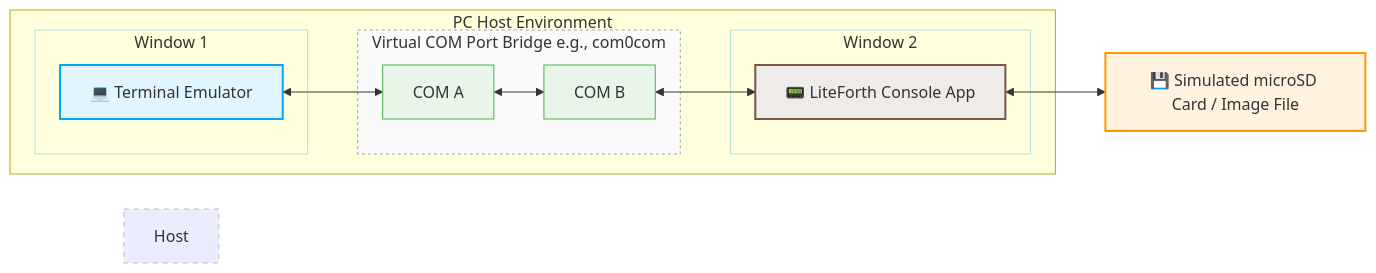
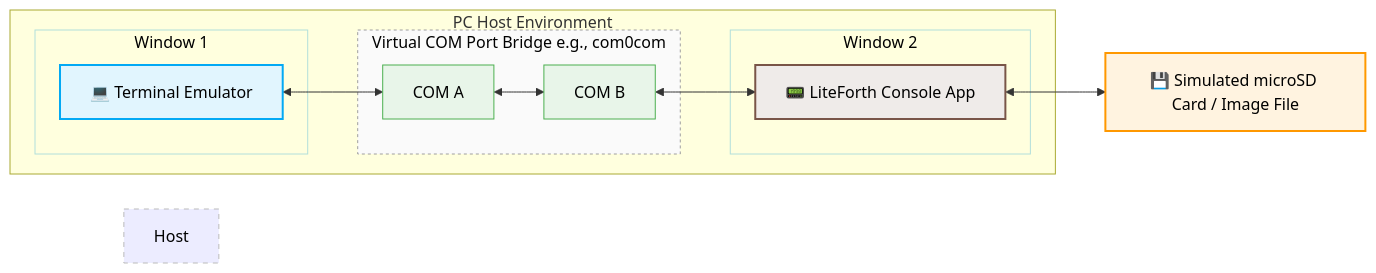
Before and after one commit to bradleyeckert/LiteForth: the second of 2 diagrams in README.md, drawn with Mermaid. The commit also changed other lines of this file, not shown here.

Commit message:
Changed text color to black

````diff
--- a/README.md
+++ b/README.md
@@ -44,40 +44,40 @@
 ```mermaid
 flowchart LR
     %% Components
     subgraph Host System [PC Host Environment]
         %% Software Windows
         subgraph Win1 [Window 1]
             Term[💻 Terminal Emulator]
         end
 
         subgraph Win2 [Window 2]
             LF[📟 LiteForth Console App]
         end
 
         %% Virtual Connection Bridge
         subgraph VCom [Virtual COM Port Bridge e.g., com0com]
             PortA[COM A] <--> PortB[COM B]
         end
     end
 
     %% File System Integration
     SD[💾 Simulated microSD Card / Image File]
 
     %% Data Flow Connections
     Term <--> PortA
     PortB <--> LF
     LF <--> SD
 
     %% Styling
-    style Term fill:#e1f5fe,stroke:#03a9f4,stroke-width:2px
-    style LF fill:#efebe9,stroke:#795548,stroke-width:2px
-    style SD fill:#fff3e0,stroke:#ff9800,stroke-width:2px
-    style PortA fill:#e8f5e9,stroke:#4caf50
-    style PortB fill:#e8f5e9,stroke:#4caf50
+    style Term fill:#e1f5fe,stroke:#03a9f4,stroke-width:2px,color:#000
+    style LF fill:#efebe9,stroke:#795548,stroke-width:2px,color:#000
+    style SD fill:#fff3e0,stroke:#ff9800,stroke-width:2px,color:#000
+    style PortA fill:#e8f5e9,stroke:#4caf50,color:#000
+    style PortB fill:#e8f5e9,stroke:#4caf50,color:#000
     
     %% Bounding Box Styling
-    style Host System fill:none,stroke:#bbb,stroke-dasharray: 5 5
-    style Win1 fill:none,stroke:#b2dfdb
-    style Win2 fill:none,stroke:#b2dfdb
-    style VCom fill:#fafafa,stroke:#9e9e9e,stroke-dasharray: 3 3
+    style Host System fill:none,stroke:#bbb,stroke-dasharray: 5 5,color:#000
+    style Win1 fill:none,stroke:#b2dfdb,color:#000
+    style Win2 fill:none,stroke:#b2dfdb,color:#000
+    style VCom fill:#fafafa,stroke:#9e9e9e,stroke-dasharray: 3 3,color:#000
 ```
````
